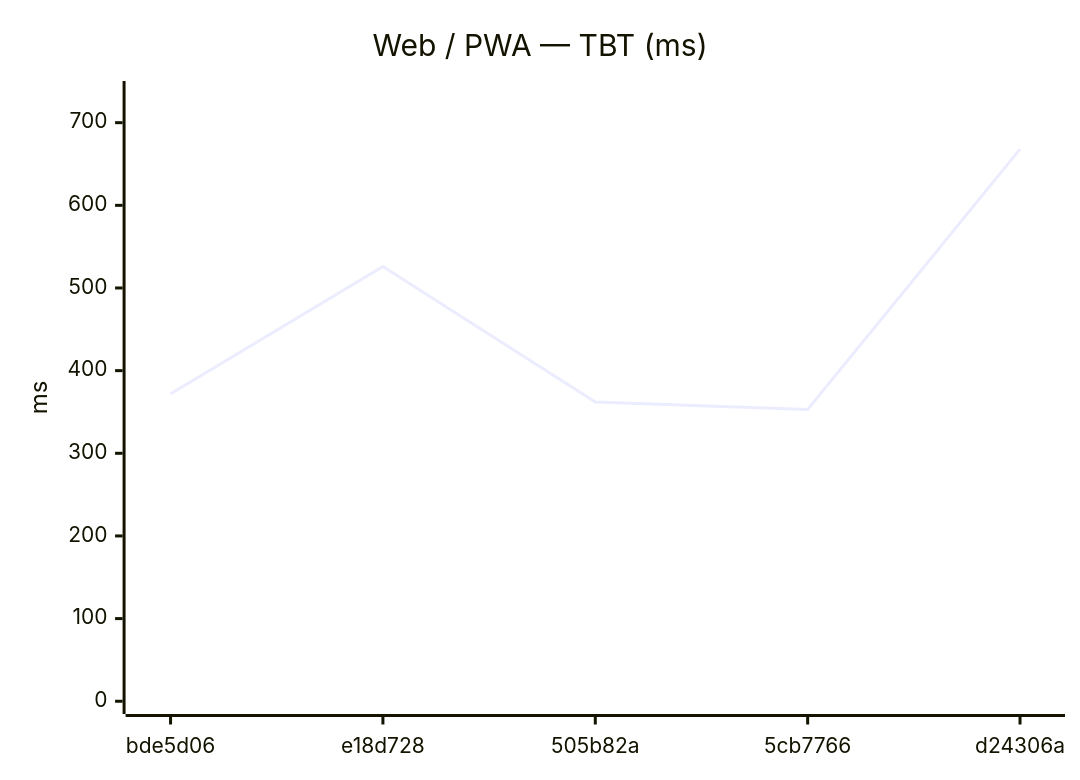
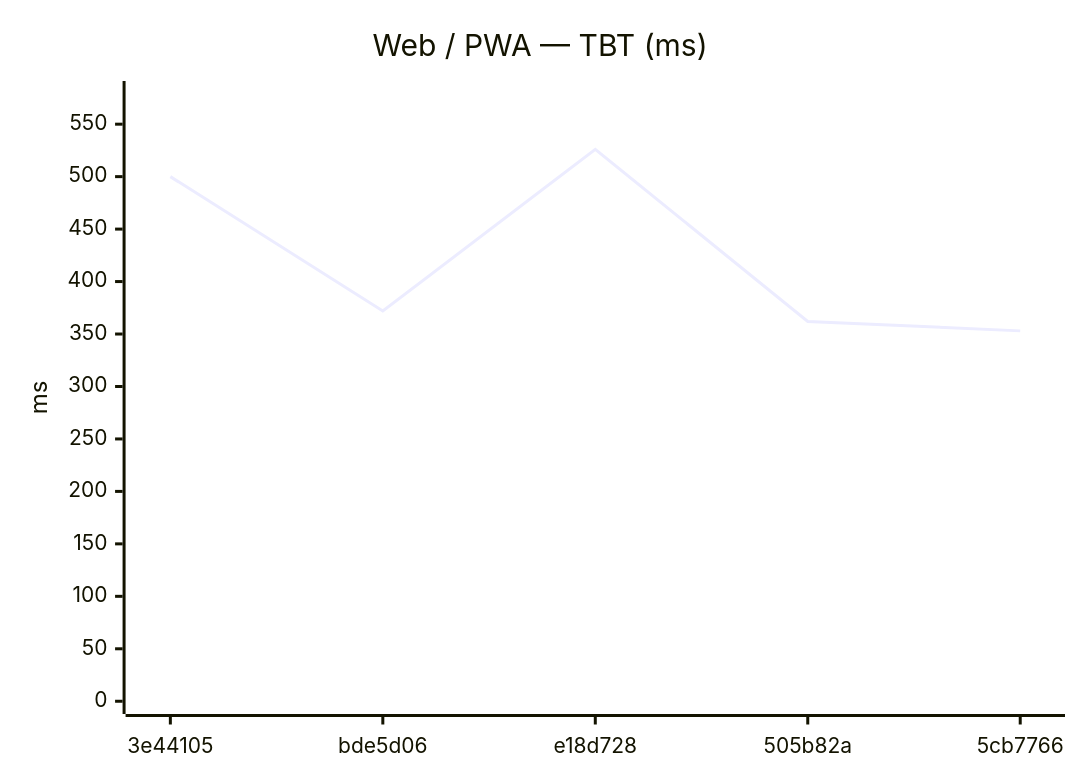
The eighth of 18 diagrams in benchmarks/compare.md (Metaheurist/Rianell), drawn with Mermaid before and after one commit. The commit also changed other lines of this file and 11 other files, not shown here.

````diff
--- a/benchmarks/compare.md
+++ b/benchmarks/compare.md
@@ -124,7 +124,7 @@
 ```mermaid
 xychart-beta
     title "Web / PWA — TBT (ms)"
-    x-axis ["bde5d06", "e18d728", "505b82a", "5cb7766", "d24306a"]
-    y-axis "ms" 0 --> 735
-    line [372, 526, 362, 353, 668]
+    x-axis ["3e44105", "bde5d06", "e18d728", "505b82a", "5cb7766"]
+    y-axis "ms" 0 --> 579
+    line [500, 372, 526, 362, 353]
 ```
````
